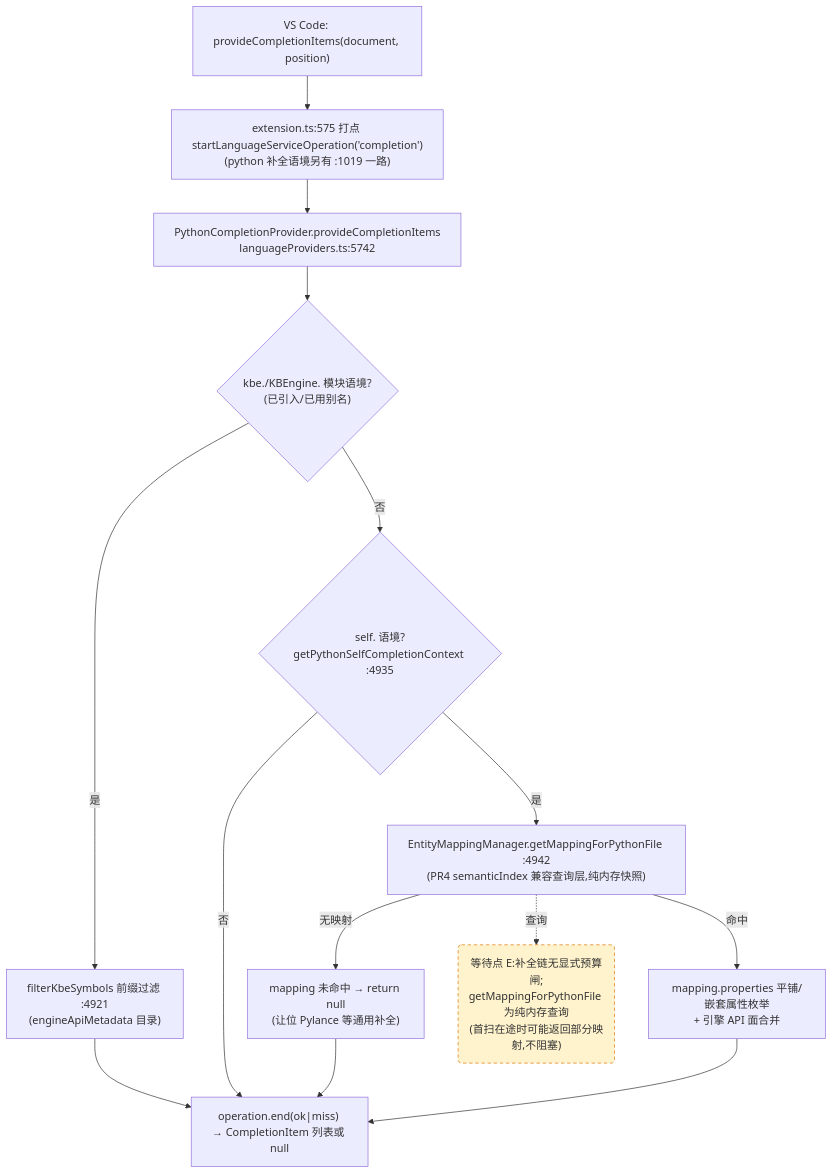
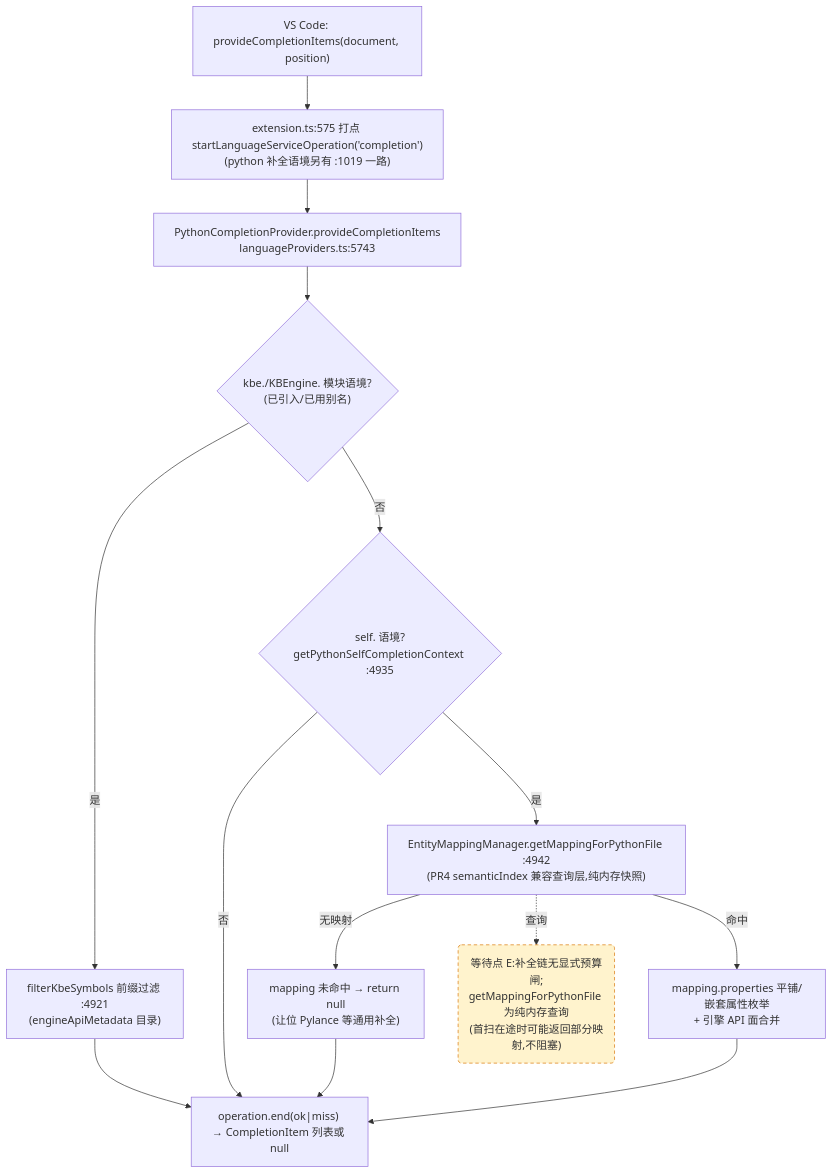
Before and after one commit to cuihairu/kode: the third of 4 diagrams in docs/perf/2026-baseline.md, drawn with Mermaid. The commit also changed other lines of this file and 4 other files, not shown here.

````diff
--- a/docs/perf/2026-baseline.md
+++ b/docs/perf/2026-baseline.md
@@ -184,27 +184,27 @@
 ```mermaid
 flowchart TD
   VC3["VS Code: provideCompletionItems(document, position)"]
   M3["extension.ts:575 打点 startLanguageServiceOperation('completion')<br/>(python 补全语境另有 :1019 一路)"]
-  CP["PythonCompletionProvider.provideCompletionItems<br/>languageProviders.ts:5742"]
+  CP["PythonCompletionProvider.provideCompletionItems<br/>languageProviders.ts:5743"]
   KBEC{"kbe./KBEngine. 模块语境?<br/>(已引入/已用别名)"}
   FILTER["filterKbeSymbols 前缀过滤 :4921<br/>(engineApiMetadata 目录)"]
   SELFC{"self. 语境?<br/>getPythonSelfCompletionContext :4935"}
   MAP["EntityMappingManager.getMappingForPythonFile :4942<br/>(PR4 semanticIndex 兼容查询层,纯内存快照)"]
   NOMAP["mapping 未命中 → return null<br/>(让位 Pylance 等通用补全)"]
   PROPS["mapping.properties 平铺/嵌套属性枚举<br/>+ 引擎 API 面合并"]
   END3["operation.end(ok|miss) → CompletionItem 列表或 null"]
 
   VC3 --> M3 --> CP --> KBEC
   KBEC -- "是" --> FILTER --> END3
   KBEC -- "否" --> SELFC
   SELFC -- "否" --> END3
   SELFC -- "是" --> MAP
   MAP -- "无映射" --> NOMAP --> END3
   MAP -- "命中" --> PROPS --> END3
 
   WAITE("等待点 E:补全链无显式预算闸;<br/>getMappingForPythonFile 为纯内存查询<br/>(首扫在途时可能返回部分映射,不阻塞)")
   MAP -.->|查询| WAITE
 
   classDef waitPoint fill:#fff3cd,stroke:#d97706,stroke-dasharray:5 4;
   class WAITE waitPoint;
 ```
````
